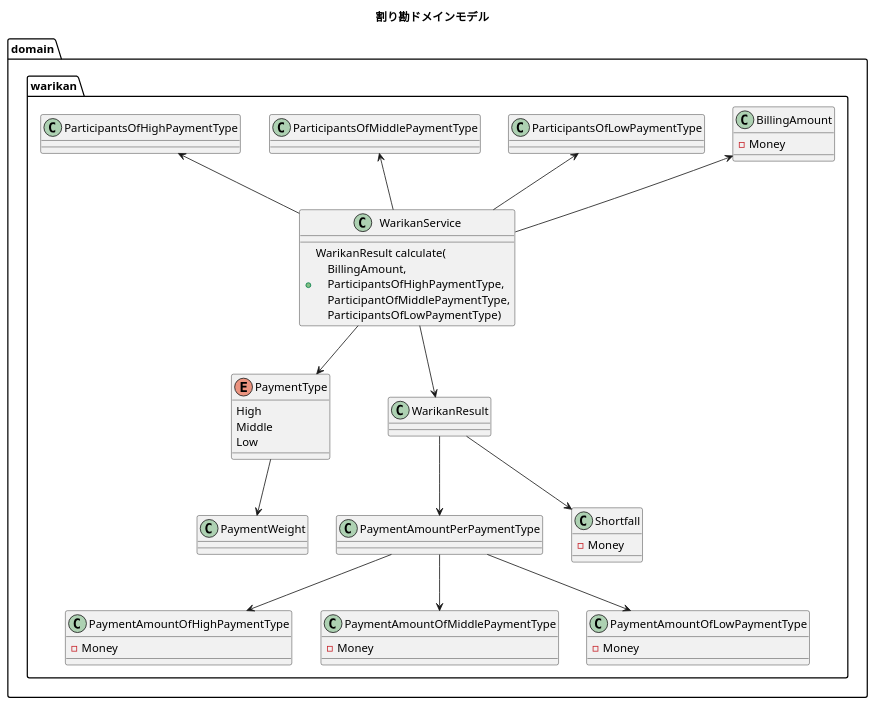
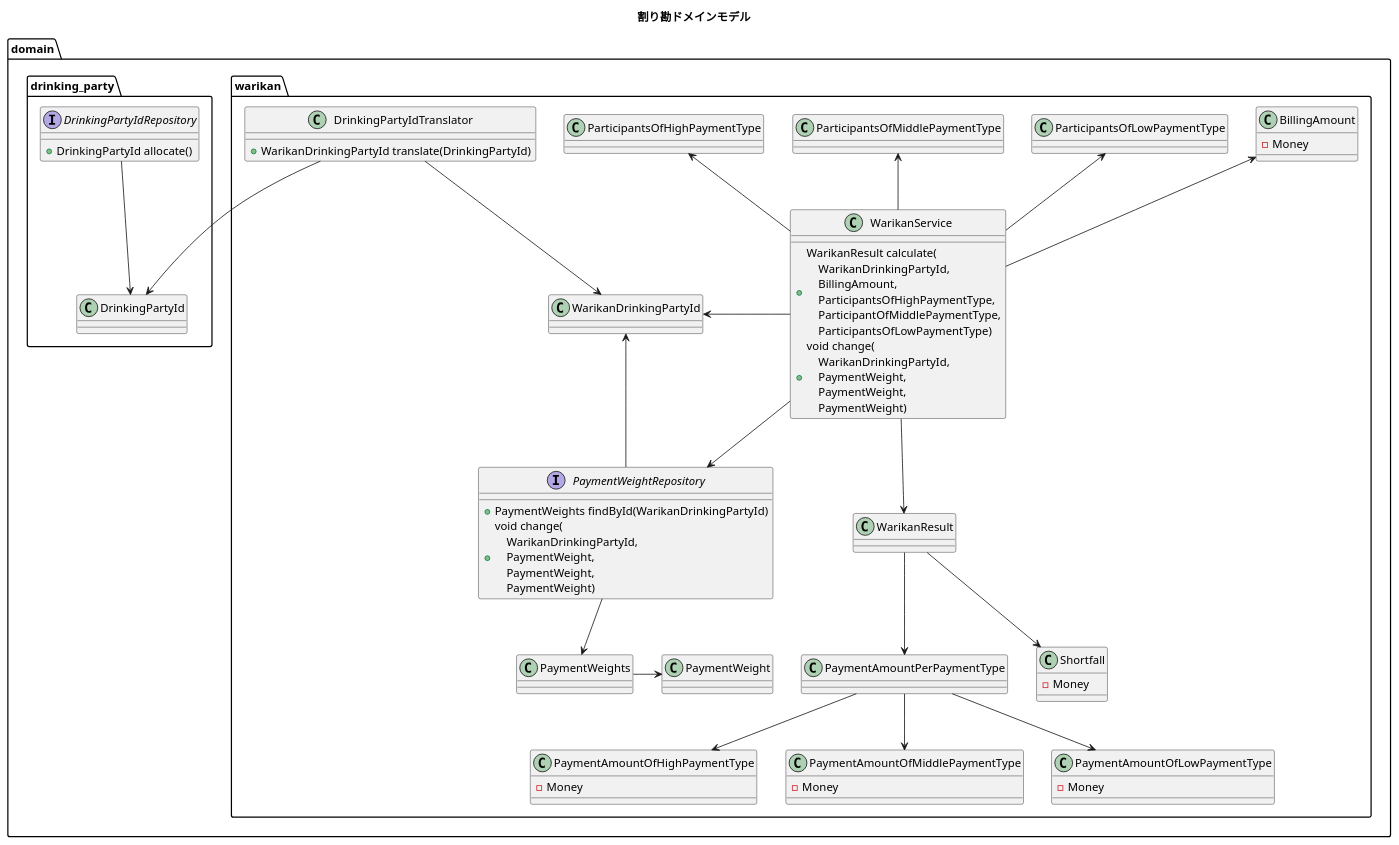
One commit to n-ono/biglobe-warikan changed the diagram in doc/model.puml. Above: the diagram before and after it, drawn with PlantUML.

Commit message:
add model of question 2

```diff
--- a/doc/model.puml
+++ b/doc/model.puml
@@ -1,65 +1,89 @@
 @startuml
 
 title 割り勘ドメインモデル
 
 namespace domain {
     namespace warikan {
         class ParticipantsOfHighPaymentType
 
         class ParticipantsOfMiddlePaymentType
 
         class ParticipantsOfLowPaymentType
 
         class WarikanService {
-            + WarikanResult calculate(\n    BillingAmount,\n    ParticipantsOfHighPaymentType,\n    ParticipantOfMiddlePaymentType,\n    ParticipantsOfLowPaymentType)
+            + WarikanResult calculate(\n    WarikanDrinkingPartyId,\n    BillingAmount,\n    ParticipantsOfHighPaymentType,\n    ParticipantOfMiddlePaymentType,\n    ParticipantsOfLowPaymentType)
+            + void change(\n    WarikanDrinkingPartyId,\n    PaymentWeight,\n    PaymentWeight,\n    PaymentWeight)
         }
 
         class BillingAmount {
             - Money
         }
 
-        enum PaymentType {
-            High
-            Middle
-            Low
+        class DrinkingPartyIdTranslator {
+            + WarikanDrinkingPartyId translate(DrinkingPartyId)
         }
+
+        class WarikanDrinkingPartyId
+
+        interface PaymentWeightRepository {
+            + PaymentWeights findById(WarikanDrinkingPartyId)
+            + void change(\n    WarikanDrinkingPartyId,\n    PaymentWeight,\n    PaymentWeight,\n    PaymentWeight)
+        }
+
+        class PaymentWeights
 
         class PaymentWeight
 
         class WarikanResult
 
         class PaymentAmountOfHighPaymentType {
             - Money
         }
 
         class PaymentAmountOfMiddlePaymentType {
             - Money
         }
 
         class PaymentAmountOfLowPaymentType {
             - Money
         }
 
         class PaymentAmountPerPaymentType
 
         class Shortfall {
             - Money
         }
     }
+
+    namespace drinking_party {
+        class DrinkingPartyId
+
+        interface DrinkingPartyIdRepository {
+            + DrinkingPartyId allocate()
+        }
+    }
 }
 
 domain.warikan.WarikanService -u-> domain.warikan.ParticipantsOfHighPaymentType
 domain.warikan.WarikanService -u-> domain.warikan.ParticipantsOfMiddlePaymentType
 domain.warikan.WarikanService -u-> domain.warikan.ParticipantsOfLowPaymentType
 domain.warikan.WarikanService -u-> domain.warikan.BillingAmount
 
 domain.warikan.WarikanService --> domain.warikan.WarikanResult
-domain.warikan.WarikanService --> domain.warikan.PaymentType
+domain.warikan.WarikanService -l-> domain.warikan.WarikanDrinkingPartyId
+domain.warikan.WarikanService --> domain.warikan.PaymentWeightRepository
 domain.warikan.WarikanResult --> domain.warikan.Shortfall
 domain.warikan.WarikanResult --> domain.warikan.PaymentAmountPerPaymentType
-domain.warikan.PaymentType --> domain.warikan.PaymentWeight
 domain.warikan.PaymentAmountPerPaymentType --> domain.warikan.PaymentAmountOfHighPaymentType
 domain.warikan.PaymentAmountPerPaymentType --> domain.warikan.PaymentAmountOfMiddlePaymentType
 domain.warikan.PaymentAmountPerPaymentType --> domain.warikan.PaymentAmountOfLowPaymentType
+domain.warikan.PaymentWeightRepository -u-> domain.warikan.WarikanDrinkingPartyId
+domain.warikan.PaymentWeightRepository --> domain.warikan.PaymentWeights
+domain.warikan.PaymentWeights -r-> domain.warikan.PaymentWeight
+
+domain.warikan.DrinkingPartyIdTranslator -d-> domain.drinking_party.DrinkingPartyId
+domain.warikan.DrinkingPartyIdTranslator -d-> domain.warikan.WarikanDrinkingPartyId
+
+domain.drinking_party.DrinkingPartyIdRepository --> domain.drinking_party.DrinkingPartyId
 
 @enduml
```
